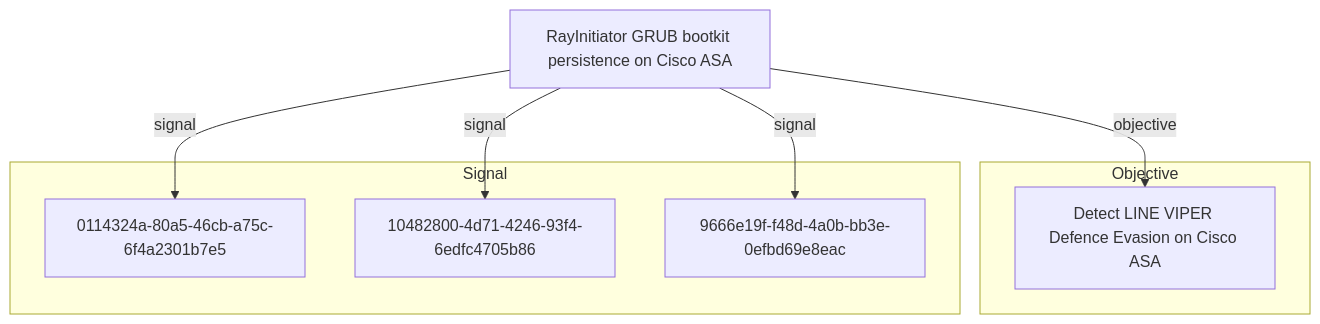
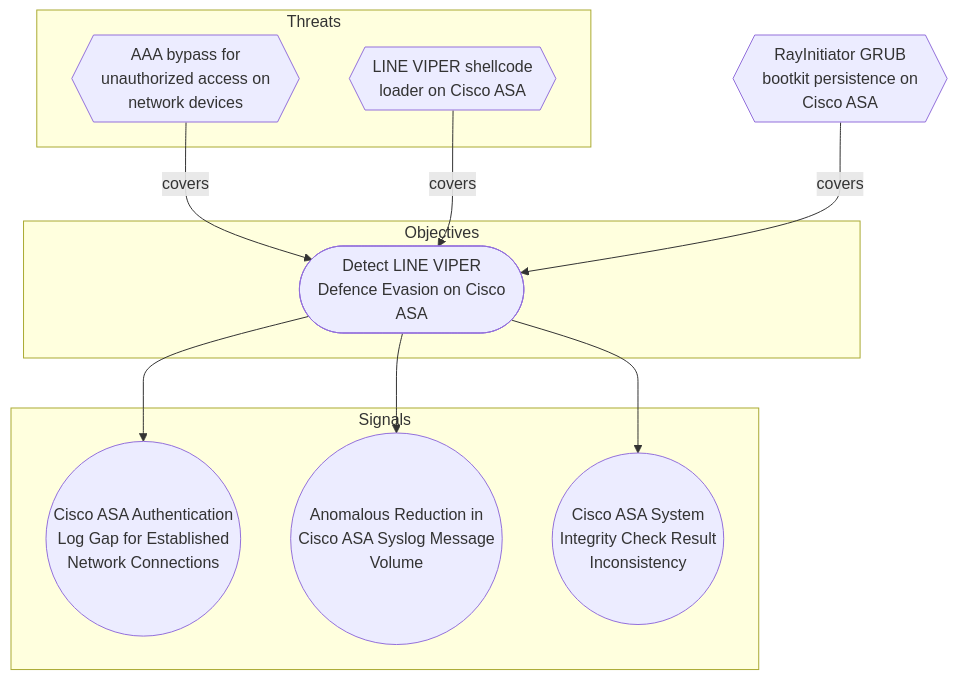
One commit to opentidehq/library changed the second of 2 diagrams in docs/threats/rayinitiator-grub-bootkit-persistence-on-cisco-asa.md. Above: the diagram before and after it, drawn with Mermaid. The commit also changed other lines of this file and 540 other files, not shown here.

````diff
--- a/docs/threats/rayinitiator-grub-bootkit-persistence-on-cisco-asa.md
+++ b/docs/threats/rayinitiator-grub-bootkit-persistence-on-cisco-asa.md
@@ -123,16 +146,22 @@
 ```mermaid
 flowchart TB
-subgraph "Objective"
-7c0f2788_690e_4d34_b9eb_5f76e7363ccc["Detect LINE VIPER Defence Evasion on Cisco ASA"]
+subgraph "Objectives"
+7c0f2788_690e_4d34_b9eb_5f76e7363ccc(["Detect LINE VIPER<br>Defence Evasion on Cisco<br>ASA"])
 end
-subgraph "Signal"
-0114324a_80a5_46cb_a75c_6f4a2301b7e5["0114324a-80a5-46cb-a75c-6f4a2301b7e5"]
-10482800_4d71_4246_93f4_6edfc4705b86["10482800-4d71-4246-93f4-6edfc4705b86"]
-9666e19f_f48d_4a0b_bb3e_0efbd69e8eac["9666e19f-f48d-4a0b-bb3e-0efbd69e8eac"]
+subgraph "Threats"
+53389577_fd8d_4ce6_9852_8365ed947c17{{"AAA bypass for<br>unauthorized access on<br>network devices"}}
+b6175f16_2b61_4116_bd97_de54b02b197e{{"LINE VIPER shellcode<br>loader on Cisco ASA"}}
 end
-a6f331e0_292d_4d83_87a9_46aa149555dd["RayInitiator GRUB bootkit persistence on Cisco ASA"]
-a6f331e0_292d_4d83_87a9_46aa149555dd -->|objective| 7c0f2788_690e_4d34_b9eb_5f76e7363ccc
-a6f331e0_292d_4d83_87a9_46aa149555dd -->|signal| 0114324a_80a5_46cb_a75c_6f4a2301b7e5
-a6f331e0_292d_4d83_87a9_46aa149555dd -->|signal| 10482800_4d71_4246_93f4_6edfc4705b86
-a6f331e0_292d_4d83_87a9_46aa149555dd -->|signal| 9666e19f_f48d_4a0b_bb3e_0efbd69e8eac
+subgraph "Signals"
+0114324a_80a5_46cb_a75c_6f4a2301b7e5(("Cisco ASA Authentication<br>Log Gap for Established<br>Network Connections"))
+10482800_4d71_4246_93f4_6edfc4705b86(("Anomalous Reduction in<br>Cisco ASA Syslog Message<br>Volume"))
+9666e19f_f48d_4a0b_bb3e_0efbd69e8eac(("Cisco ASA System<br>Integrity Check Result<br>Inconsistency"))
+end
+a6f331e0_292d_4d83_87a9_46aa149555dd{{"RayInitiator GRUB<br>bootkit persistence on<br>Cisco ASA"}}
+53389577_fd8d_4ce6_9852_8365ed947c17 -->|covers| 7c0f2788_690e_4d34_b9eb_5f76e7363ccc
+b6175f16_2b61_4116_bd97_de54b02b197e -->|covers| 7c0f2788_690e_4d34_b9eb_5f76e7363ccc
+a6f331e0_292d_4d83_87a9_46aa149555dd -->|covers| 7c0f2788_690e_4d34_b9eb_5f76e7363ccc
+7c0f2788_690e_4d34_b9eb_5f76e7363ccc --> 0114324a_80a5_46cb_a75c_6f4a2301b7e5
+7c0f2788_690e_4d34_b9eb_5f76e7363ccc --> 10482800_4d71_4246_93f4_6edfc4705b86
+7c0f2788_690e_4d34_b9eb_5f76e7363ccc --> 9666e19f_f48d_4a0b_bb3e_0efbd69e8eac
 ```
````
